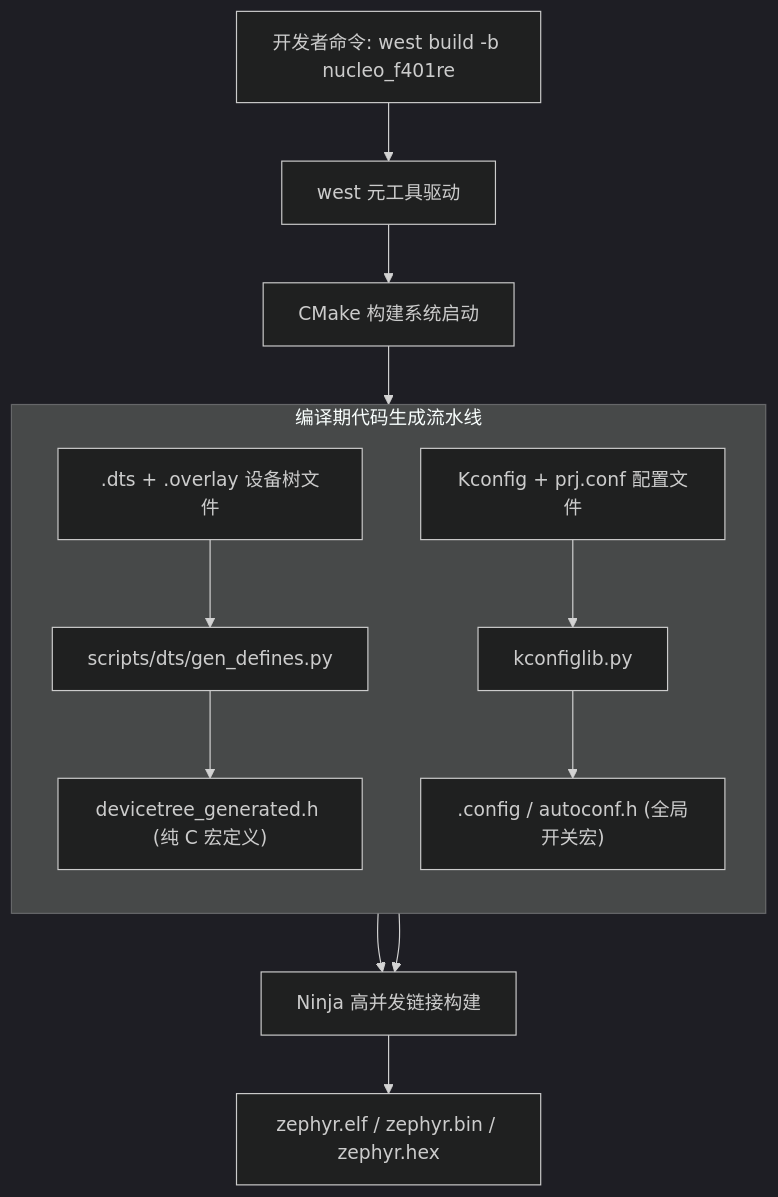
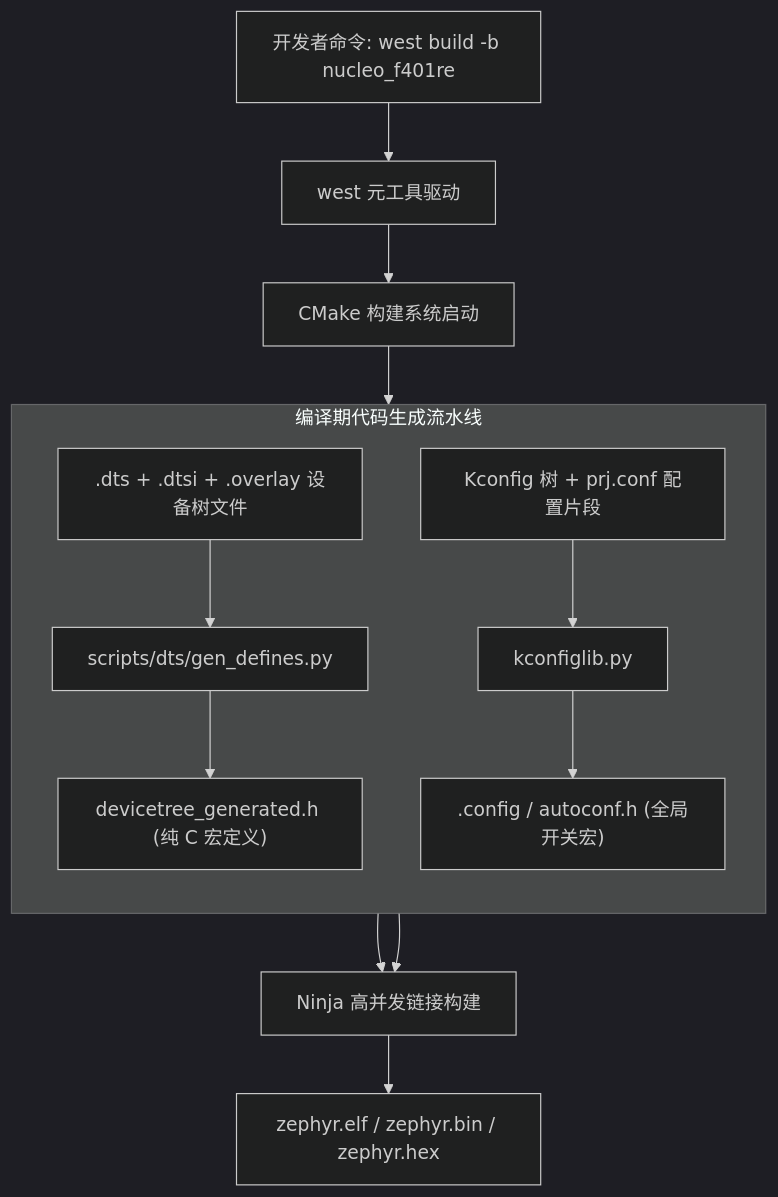
Before and after one commit to YvainZhang/YvainZhang.github.io: the diagram in RTOS/03-Zephyr-Deep-Dive/02-build-system-kconfig-devicetree.md, drawn with Mermaid (dark theme). The commit also changed other lines of this file and 44 other files, not shown here.

````diff
--- a/RTOS/03-Zephyr-Deep-Dive/02-build-system-kconfig-devicetree.md
+++ b/RTOS/03-Zephyr-Deep-Dive/02-build-system-kconfig-devicetree.md
@@ -7,19 +7,19 @@
 ```mermaid
 flowchart TD
     User["开发者命令: west build -b nucleo_f401re"] --> West["west 元工具驱动"]
     West --> CMake["CMake 构建系统启动"]
-    
+
     subgraph BuildPipeline["编译期代码生成流水线"]
         direction TB
-        DTS[".dts + .overlay 设备树文件"] --> PythonDT["scripts/dts/gen_defines.py"]
-        Kconf["Kconfig + prj.conf 配置文件"] --> PythonKC["kconfiglib.py"]
-        
+        DTS[".dts + .dtsi + .overlay 设备树文件"] --> PythonDT["scripts/dts/gen_defines.py"]
+        Kconf["Kconfig 树 + prj.conf 配置片段"] --> PythonKC["kconfiglib.py"]
+
         PythonDT --> GenDT["devicetree_generated.h (纯 C 宏定义)"]
         PythonKC --> GenKC[".config / autoconf.h (全局开关宏)"]
     end
 
     CMake --> BuildPipeline
     GenDT --> Ninja["Ninja 高并发链接构建"]
     GenKC --> Ninja
     Ninja --> ELF["zephyr.elf / zephyr.bin / zephyr.hex"]
 ```
````
